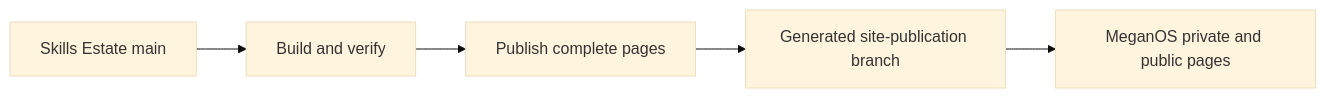
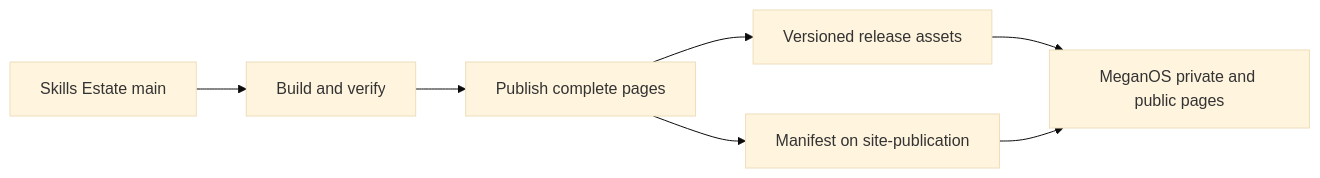
Before and after one commit to mshellman-llc/Skills-Estate: the diagram in artifacts/skills-site/README.md, drawn with Mermaid (base theme). The commit also changed other lines of this file and 2 other files, not shown here.

Commit message:
Keep complete page files in release assets and publish their manifest atomically

````diff
--- a/artifacts/skills-site/README.md
+++ b/artifacts/skills-site/README.md
@@ -28,7 +28,9 @@
 ```mermaid
 flowchart LR
   A[Skills Estate main] --> B[Build and verify]
   B --> C[Publish complete pages]
-  C --> D[Generated site-publication branch]
-  D --> E[MeganOS private and public pages]
+  C --> D[Versioned release assets]
+  C --> E[Manifest on site-publication]
+  D --> F[MeganOS private and public pages]
+  E --> F
 ```
````
